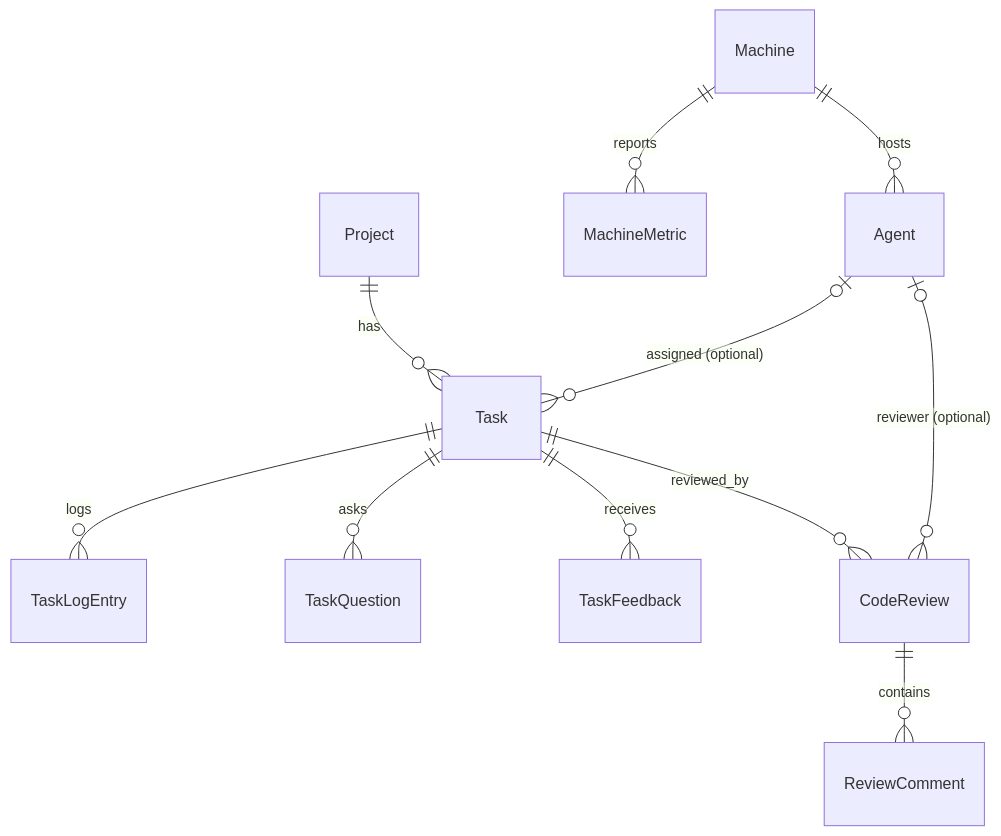
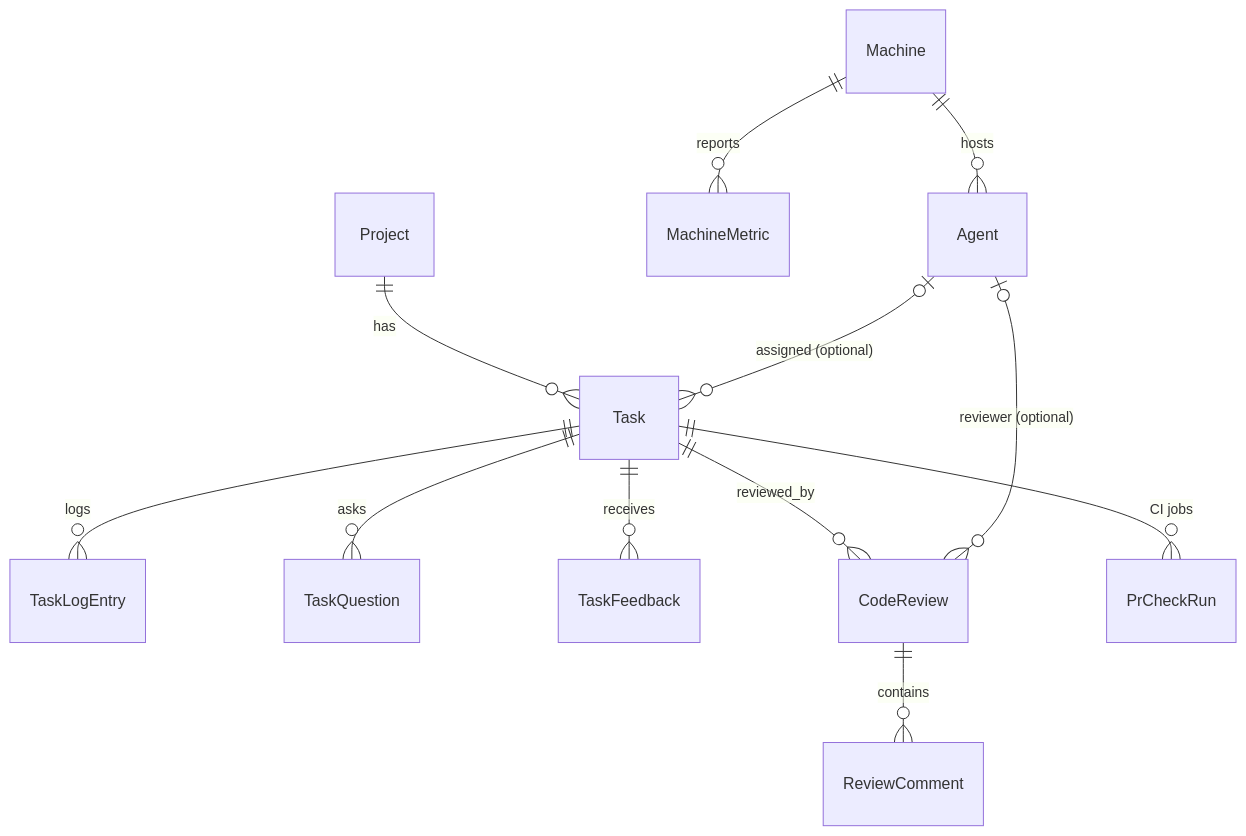
The diagram in docs/ARCHITECTURE.md (mkluszczynski/roundtable), drawn with Mermaid before and after one commit. The commit also changed other lines of this file and 30 other files, not shown here.

Commit message:
Roundtable task #35: Aktualnie w apcje nigdzie nie bierzemy pod uwagę github actions check...

````diff
--- a/docs/ARCHITECTURE.md
+++ b/docs/ARCHITECTURE.md
@@ -73,13 +79,14 @@
 ```mermaid
 erDiagram
   Machine ||--o{ Agent : hosts
   Machine ||--o{ MachineMetric : reports
   Project ||--o{ Task : has
   Agent |o--o{ Task : "assigned (optional)"
   Task ||--o{ TaskLogEntry : logs
   Task ||--o{ TaskQuestion : asks
   Task ||--o{ TaskFeedback : receives
   Task ||--o{ CodeReview : reviewed_by
+  Task ||--o{ PrCheckRun : "CI jobs"
   Agent |o--o{ CodeReview : "reviewer (optional)"
   CodeReview ||--o{ ReviewComment : contains
 ```
````
